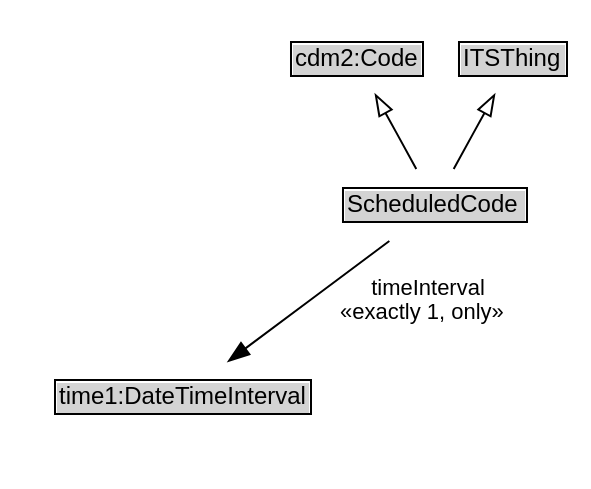
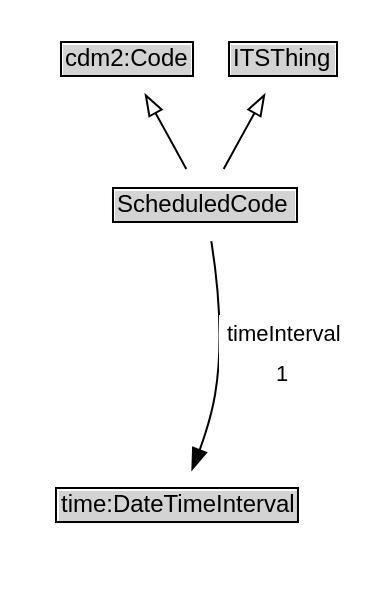
Before and after one commit to ISO-TC204/ontology-cdm-p3-v1: the diagram in docs/diagrams/ScheduledCode.dot, drawn with Graphviz. The commit also changed 348 other files, not shown here.

```diff
--- a/docs/diagrams/ScheduledCode.dot
+++ b/docs/diagrams/ScheduledCode.dot
@@ -1,23 +1,26 @@
 // Diagram for ScheduledCode
 digraph {
 	graph [overlap=false rankdir=TB splines=true]
 	node [fontname=Arial fontsize=12 margin=0 shape=none]
 	edge [fontname=Arial fontsize=11]
 	{
+		rank=source
+		cdm2_Code [label=<<TABLE BORDER="1" CELLBORDER="0" CELLSPACING="0" CELLPADDING="1"><TR><TD BGCOLOR="lightgray" ALIGN="CENTER">cdm2:Code</TD></TR></TABLE>> URL="https://w3id.org/citydata/part2/v1/Code" margin=0]
+		ITSThing [label=<<TABLE BORDER="1" CELLBORDER="0" CELLSPACING="0" CELLPADDING="1"><TR><TD BGCOLOR="lightgray" ALIGN="CENTER">ITSThing</TD></TR></TABLE>> URL="../ITSThing" margin=0]
+	}
+	ScheduledCode [label=<<TABLE BORDER="1" CELLBORDER="0" CELLSPACING="0" CELLPADDING="1"><TR><TD BGCOLOR="lightgray" ALIGN="CENTER">ScheduledCode</TD></TR></TABLE>> URL="../ScheduledCode" margin=0]
+	{
 		rank=max
-		ScheduledCode [label=<<TABLE BORDER="1" CELLBORDER="0" CELLSPACING="0" CELLPADDING="1"><TR><TD BGCOLOR="lightgray" ALIGN="CENTER" PORT="e">ScheduledCode</TD></TR></TABLE>> URL="../ScheduledCode.md" margin=0]
 	}
 	subgraph cluster_associated {
 		label="" style=invis
 		Invis [label=<<TABLE BORDER="0" CELLBORDER="0" CELLSPACING="0" CELLPADDING="1"><TR><TD></TD></TR></TABLE>> margin=0 style=invis]
-		time1_DateTimeInterval [label=<<TABLE BORDER="1" CELLBORDER="0" CELLSPACING="0" CELLPADDING="1"><TR><TD BGCOLOR="lightgray" ALIGN="CENTER">time1:DateTimeInterval</TD></TR></TABLE>> margin=0]
+		time_DateTimeInterval [label=<<TABLE BORDER="1" CELLBORDER="0" CELLSPACING="0" CELLPADDING="1"><TR><TD BGCOLOR="lightgray" ALIGN="CENTER">time:DateTimeInterval</TD></TR></TABLE>> URL="https://w3id.org/citydata/imported/time/latest/DateTimeInterval" margin=0]
 	}
-	cdm2_Code [label=<<TABLE BORDER="1" CELLBORDER="0" CELLSPACING="0" CELLPADDING="1"><TR><TD BGCOLOR="lightgray" ALIGN="CENTER">cdm2:Code</TD></TR></TABLE>> margin=0]
 	ScheduledCode -> cdm2_Code [arrowhead=onormal style=solid]
-	ITSThing [label=<<TABLE BORDER="1" CELLBORDER="0" CELLSPACING="0" CELLPADDING="1"><TR><TD BGCOLOR="lightgray" ALIGN="CENTER">ITSThing</TD></TR></TABLE>> margin=0]
 	ScheduledCode -> ITSThing [arrowhead=onormal style=solid]
 	ScheduledCode -> Invis [style=invis]
-	Invis -> time1_DateTimeInterval [style=invis]
-	ScheduledCode -> time1_DateTimeInterval [label=" timeInterval 
- «exactly 1, only»  " arrowhead=normal style=solid]
+	Invis -> time_DateTimeInterval [style=invis]
+	time_DateTimeInterval [label=<<TABLE BORDER="1" CELLBORDER="0" CELLSPACING="0" CELLPADDING="1"><TR><TD BGCOLOR="lightgray" ALIGN="CENTER">time:DateTimeInterval</TD></TR></TABLE>> URL="https://w3id.org/citydata/imported/time/latest/DateTimeInterval" margin=0]
+	ScheduledCode -> time_DateTimeInterval [label=<<TABLE BORDER="0" CELLBORDER="0" CELLSPACING="0" CELLPADDING="4" BGCOLOR="white"><TR><TD ALIGN="CENTER">timeInterval</TD></TR><TR><TD ALIGN="CENTER">1</TD></TR></TABLE>> arrowhead=normal style=solid]
 }
```
